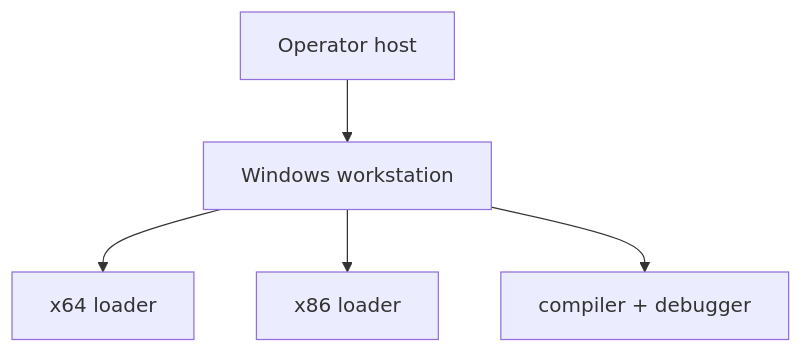
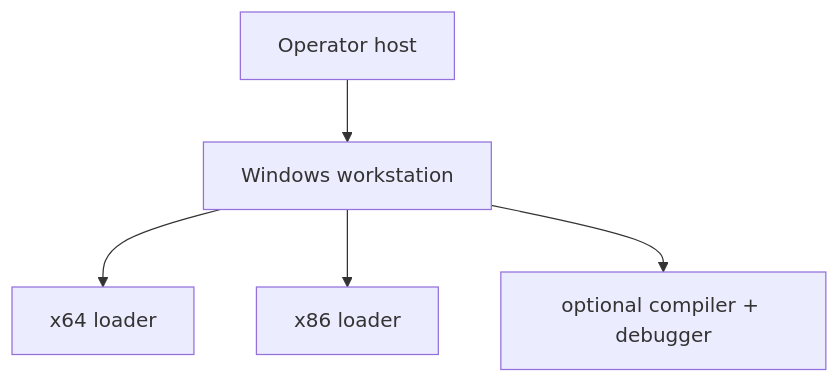
One commit to professor-moody/bofbench changed the second of 3 diagrams in docs/lab-setup.md. Above: the diagram before and after it, drawn with Mermaid. The commit also changed other lines of this file and 60 other files, not shown here.

````diff
--- a/docs/lab-setup.md
+++ b/docs/lab-setup.md
@@ -47,7 +89,7 @@
 ```mermaid
 flowchart TB
     H["Operator host"] --> V["Windows workstation"]
     V --> L64["x64 loader"]
     V --> L86["x86 loader"]
-    V --> D["compiler + debugger"]
+    V --> D["optional compiler + debugger"]
 ```
````
